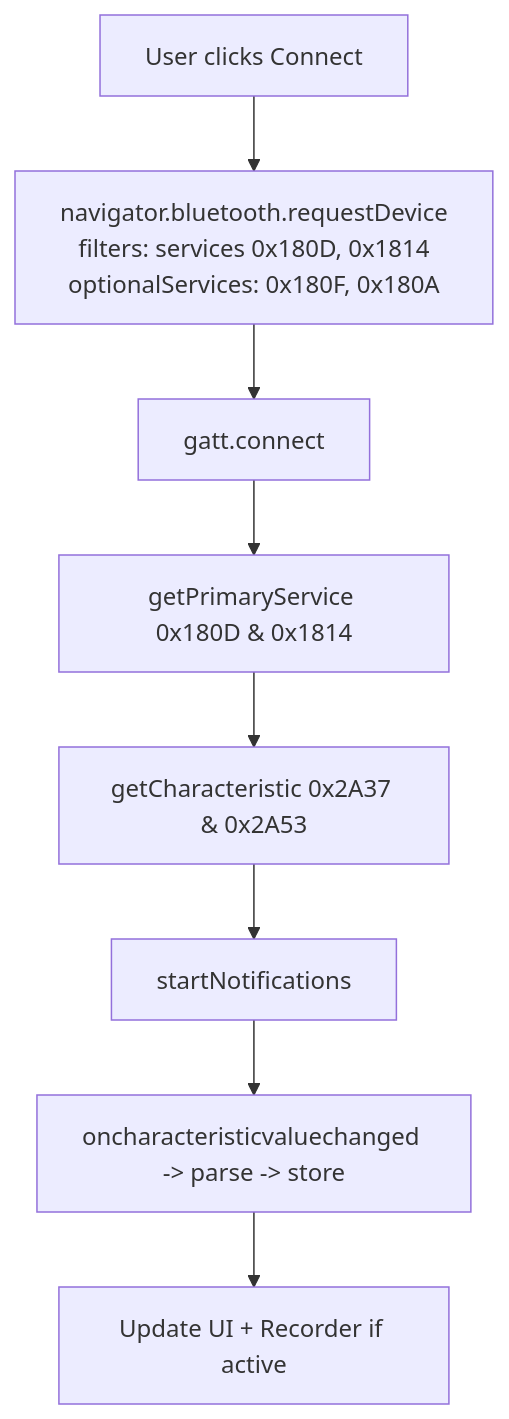
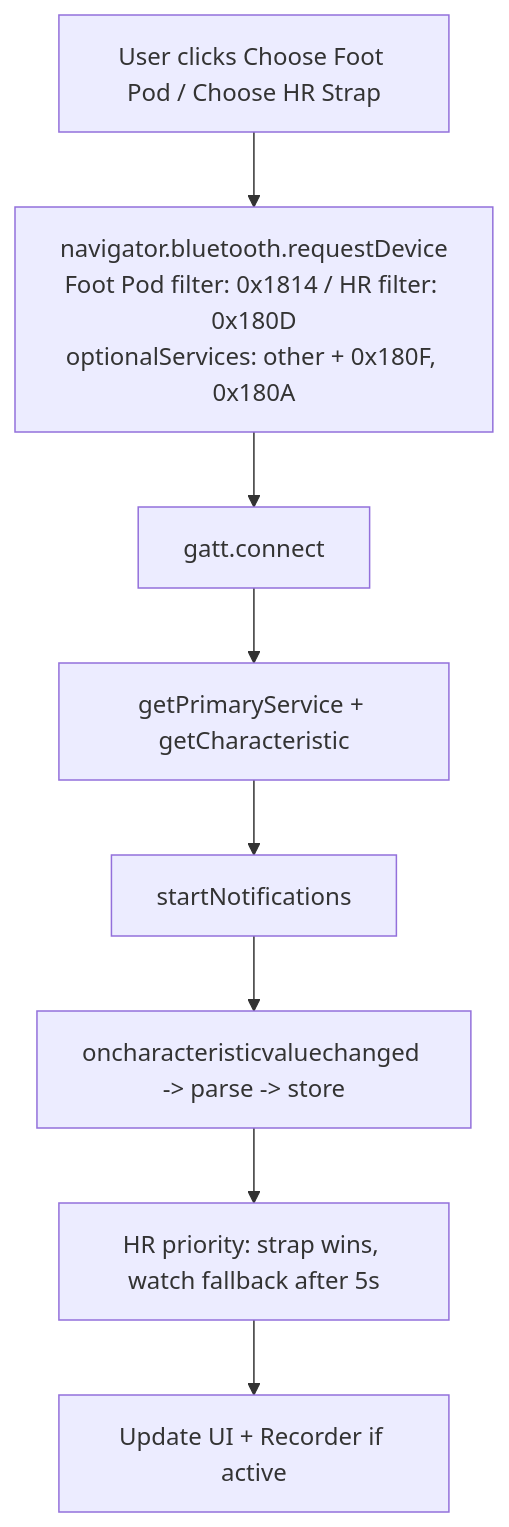
The diagram in AGENT_INSTRUCTIONS.md (hammamnash/Runees), drawn with Mermaid before and after one commit. The commit also changed other lines of this file and 4 other files, not shown here.

````diff
--- a/AGENT_INSTRUCTIONS.md
+++ b/AGENT_INSTRUCTIONS.md
@@ -100,10 +103,10 @@
 ```mermaid
 flowchart TD
-    A[User clicks Connect] --> B[navigator.bluetooth.requestDevice<br/>filters: services 0x180D, 0x1814<br/>optionalServices: 0x180F, 0x180A]
+    A[User clicks Choose Foot Pod / Choose HR Strap] --> B[navigator.bluetooth.requestDevice<br/>Foot Pod filter: 0x1814 / HR filter: 0x180D<br/>optionalServices: other + 0x180F, 0x180A]
     B --> C[gatt.connect]
-    C --> D[getPrimaryService 0x180D & 0x1814]
-    D --> E[getCharacteristic 0x2A37 & 0x2A53]
-    E --> F[startNotifications]
-    F --> G[oncharacteristicvaluechanged -> parse -> store]
+    C --> D[getPrimaryService + getCharacteristic]
+    D --> E[startNotifications]
+    E --> F[oncharacteristicvaluechanged -> parse -> store]
+    F --> G[HR priority: strap wins, watch fallback after 5s]
     G --> H[Update UI + Recorder if active]
 ```
````
